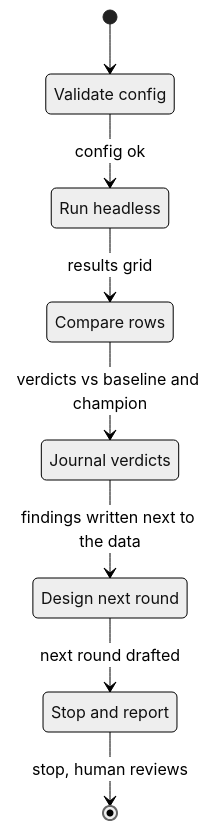
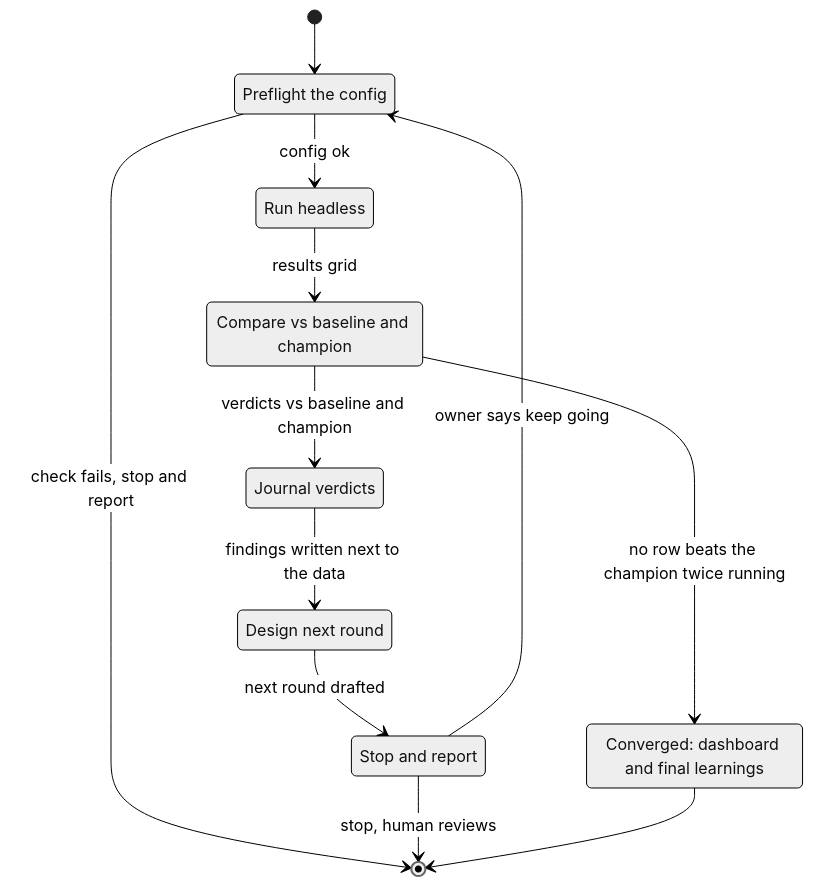
Before and after one commit to jonborchardt/blog: the third of 3 diagrams in src/content/posts/retirement-simulator-ai-lab/index.mdx, drawn with Mermaid (neutral theme). The commit also changed other lines of this file and 18 other files, not shown here.

````diff
--- a/src/content/posts/retirement-simulator-ai-lab/index.mdx
+++ b/src/content/posts/retirement-simulator-ai-lab/index.mdx
@@ -127,18 +136,23 @@
 ```mermaid
 stateDiagram-v2
   accTitle: One experiment round, from validation to the mandatory pause
-  accDescr: The round validates the config, runs headlessly, compares every row against baseline and champion, journals verdicts into the dataset before anything changes, designs the next round, then stops and reports; the human reviews and only then starts the next round.
+  accDescr: The round preflights the config and stops outright if the check fails, otherwise runs headlessly, compares every row against baseline and champion, journals verdicts into the dataset before anything changes, designs the next round, then stops and reports; the human reviews and only then starts the next round. When two consecutive rounds produce no row that beats the champion beyond the noise floor, the loop converges instead and writes the final summary.
   [*] --> Validate
   Validate --> Run: config ok
+  Validate --> [*]: check fails, stop and report
   Run --> Compare: results grid
   Compare --> Journal: verdicts vs baseline and champion
+  Compare --> Converged: no row beats the champion twice running
   Journal --> Design: findings written next to the data
   Design --> Report: next round drafted
   Report --> [*]: stop, human reviews
-  state "Validate config" as Validate
+  Report --> Validate: owner says keep going
+  Converged --> [*]
+  state "Preflight the config" as Validate
   state "Run headless" as Run
-  state "Compare rows" as Compare
+  state "Compare vs baseline and champion" as Compare
+  state "Converged: dashboard and final learnings" as Converged
   state "Journal verdicts" as Journal
   state "Design next round" as Design
   state "Stop and report" as Report
 ```
````
